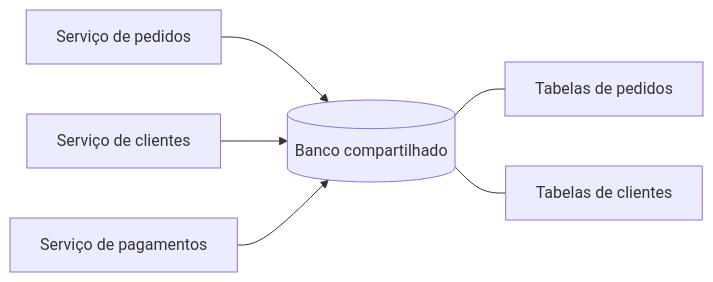
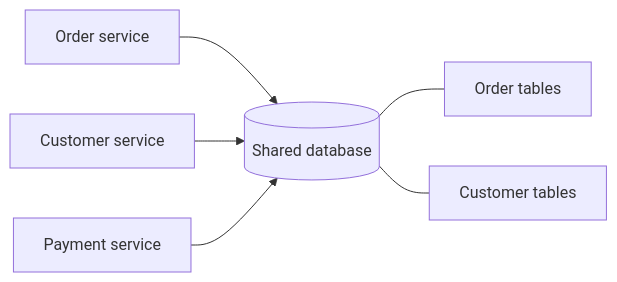
One commit to alancesar/design-patterns changed the diagram in docs/architecture/microservices/service-collaboration/shared-database.md. Above: the diagram before and after it, drawn with Mermaid. The commit also changed 258 other files, not shown here.

First line of the commit message:
Translate Mermaid diagrams to English

````diff
--- a/docs/architecture/microservices/service-collaboration/shared-database.md
+++ b/docs/architecture/microservices/service-collaboration/shared-database.md
@@ -54,8 +54,8 @@
 ```mermaid
 flowchart LR
-    OS["Serviço de pedidos"] --> DB[("Banco compartilhado")]
-    CS["Serviço de clientes"] --> DB
-    PS["Serviço de pagamentos"] --> DB
-    DB --- T1["Tabelas de pedidos"]
-    DB --- T2["Tabelas de clientes"]
+    OS["Order service"] --> DB[("Shared database")]
+    CS["Customer service"] --> DB
+    PS["Payment service"] --> DB
+    DB --- T1["Order tables"]
+    DB --- T2["Customer tables"]
 ```
````
